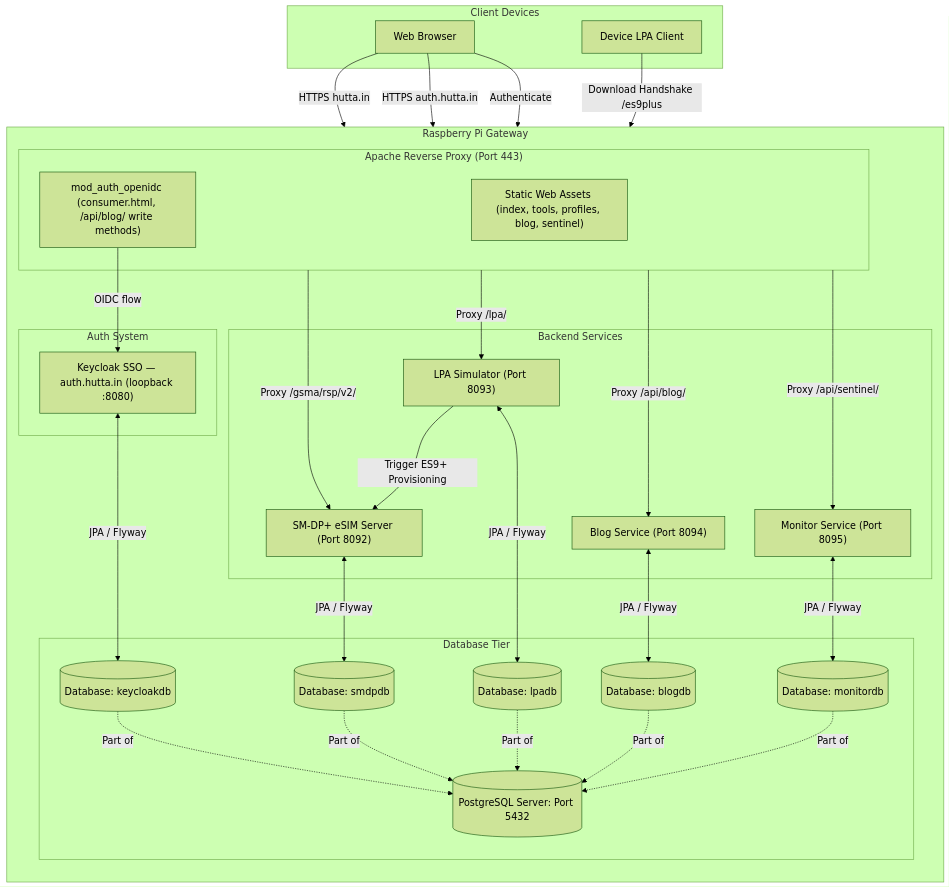
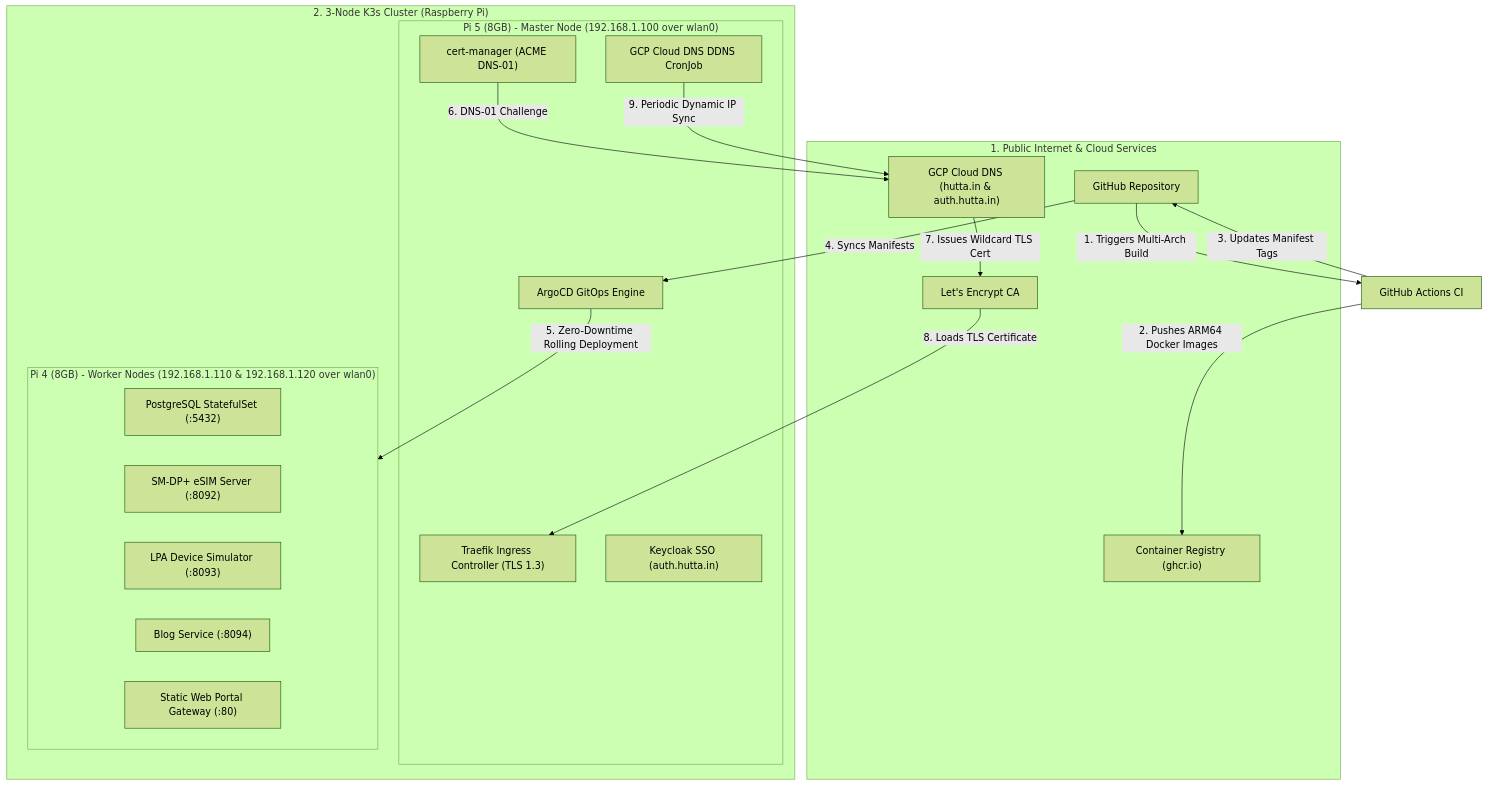
The diagram in README.md (muku3011/website), drawn with Mermaid (forest theme) before and after one commit. The commit also changed other lines of this file and 102 other files, not shown here.

Commit message:
feat: migrate infrastructure to 3-node K3s cluster, Keycloak 26, Ansible automation, and GitOps

````diff
--- a/README.md
+++ b/README.md
@@ -72,63 +9,37 @@
 ```mermaid
 flowchart TD
-    subgraph Client ["Client Devices"]
-        Browser["Web Browser"]
-        LPA_Client["Device LPA Client"]
+    subgraph Internet ["1. Public Internet & Cloud Services"]
+        GH["GitHub Repository"]
+        GCP_DNS["GCP Cloud DNS (hutta.in & auth.hutta.in)"]
+        LE["Let's Encrypt CA"]
+        GHCR["Container Registry (ghcr.io)"]
     end
 
-    subgraph RPi ["Raspberry Pi Gateway"]
-        direction TB
-        subgraph Proxy ["Apache Reverse Proxy (Port 443)"]
-            Static["Static Web Assets (index, tools, profiles, blog, sentinel)"]
-            OIDC["mod_auth_openidc (consumer.html, /api/blog/ write methods)"]
+    subgraph Cluster ["2. 3-Node K3s Cluster (Raspberry Pi)"]
+        subgraph Master ["Pi 5 (8GB) - Master Node (192.168.1.100 over wlan0)"]
+            Traefik["Traefik Ingress Controller (TLS 1.3)"]
+            ArgoCD["ArgoCD GitOps Engine"]
+            CertManager["cert-manager (ACME DNS-01)"]
+            Keycloak["Keycloak SSO (auth.hutta.in)"]
+            DDNS["GCP Cloud DNS DDNS CronJob"]
         end
 
-        subgraph Auth ["Auth System"]
-            Keycloak["Keycloak SSO — auth.hutta.in (loopback :8080)"]
-        end
-
-        subgraph Backend ["Backend Services"]
-            SMDP["SM-DP+ eSIM Server (Port 8092)"]
-            LPA_Sim["LPA Simulator (Port 8093)"]
-            BlogService["Blog Service (Port 8094)"]
-            MonitorService["Monitor Service (Port 8095)"]
-        end
-
-        subgraph DB ["Database Tier"]
-            PostgreSQL[(PostgreSQL Server: Port 5432)]
-            smdpdb[(Database: smdpdb)]
-            lpadb[(Database: lpadb)]
-            keycloakdb[(Database: keycloakdb)]
-            blogdb[(Database: blogdb)]
-            monitordb[(Database: monitordb)]
+        subgraph Workers ["Pi 4 (8GB) - Worker Nodes (192.168.1.110 & 192.168.1.120 over wlan0)"]
+            Postgres["PostgreSQL StatefulSet (:5432)"]
+            SMDP["SM-DP+ eSIM Server (:8092)"]
+            LPA["LPA Device Simulator (:8093)"]
+            Blog["Blog Service (:8094)"]
+            Portal["Static Web Portal Gateway (:80)"]
         end
     end
 
-    %% Client Access
-    Browser -->|HTTPS hutta.in| Static
-    Browser -->|HTTPS auth.hutta.in| Keycloak
-    Browser -->|Authenticate| OIDC
-    LPA_Client -->|Download Handshake /es9plus| SMDP
-
-    %% Proxy Routing
-    OIDC -->|OIDC flow| Keycloak
-    Proxy -->|Proxy /gsma/rsp/v2/| SMDP
-    Proxy -->|Proxy /lpa/| LPA_Sim
-    Proxy -->|Proxy /api/blog/| BlogService
-    Proxy -->|Proxy /api/sentinel/| MonitorService
-
-    %% Authentication
-    Keycloak <-->|JPA / Flyway| keycloakdb
-
-    %% eSIM provisioning & database
-    LPA_Sim -->|Trigger ES9+ Provisioning| SMDP
-    SMDP <-->|JPA / Flyway| smdpdb
-    LPA_Sim <-->|JPA / Flyway| lpadb
-    BlogService <-->|JPA / Flyway| blogdb
-    MonitorService <-->|JPA / Flyway| monitordb
-    smdpdb -.->|Part of| PostgreSQL
-    lpadb -.->|Part of| PostgreSQL
-    keycloakdb -.->|Part of| PostgreSQL
-    blogdb -.->|Part of| PostgreSQL
-    monitordb -.->|Part of| PostgreSQL
+    GH -->|1. Triggers Multi-Arch Build| GHA["GitHub Actions CI"]
+    GHA -->|2. Pushes ARM64 Docker Images| GHCR
+    GHA -->|3. Updates Manifest Tags| GH
+    GH -->|4. Syncs Manifests| ArgoCD
+    ArgoCD -->|5. Zero-Downtime Rolling Deployment| Workers
+    CertManager -->|6. DNS-01 Challenge| GCP_DNS
+    GCP_DNS -->|7. Issues Wildcard TLS Cert| LE
+    LE -->|8. Loads TLS Certificate| Traefik
+    DDNS -->|9. Periodic Dynamic IP Sync| GCP_DNS
 ```
````
